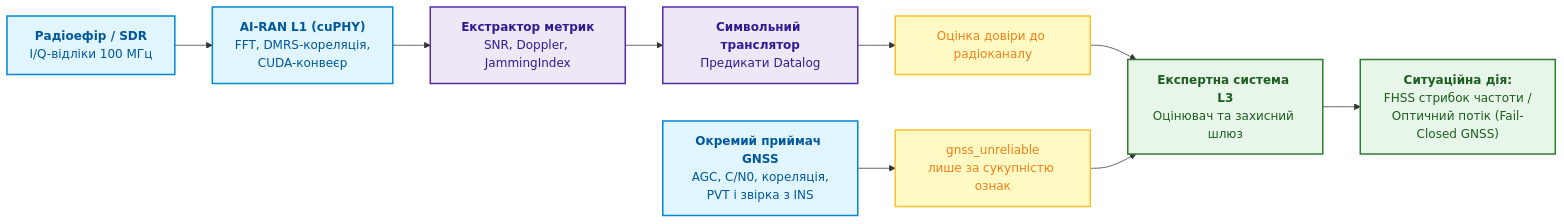
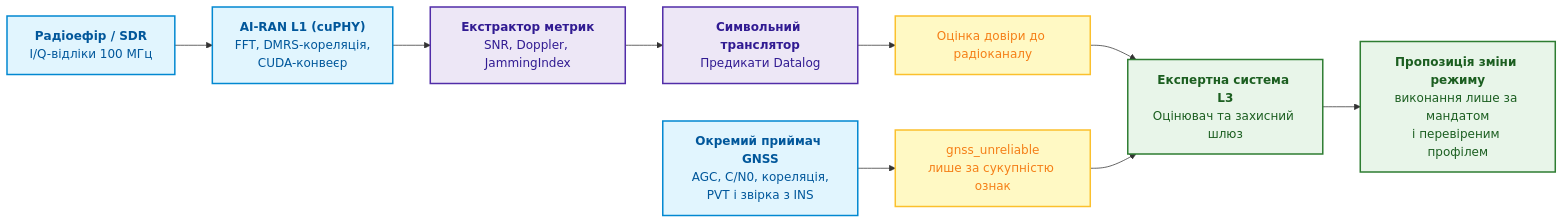
Before and after one commit to nick-fedchik/articles: the sixth of 9 diagrams in ExpertSystem/ch22-cybernetics-edge-to-backend.md, drawn with Mermaid. The commit also changed other lines of this file and 7 other files, not shown here.

````diff
--- a/ExpertSystem/ch22-cybernetics-edge-to-backend.md
+++ b/ExpertSystem/ch22-cybernetics-edge-to-backend.md
@@ -714,25 +978,25 @@
 ```mermaid
 flowchart LR
     accTitle: Архітектура перетворення радіофізичного рівня AI-RAN у доказові факти
     accDescr: Метрики радіоканалу обмежують довіру до транспорту; окремий приймач GNSS надає власні незалежні ознаки. Індекс радіоканалу не доводить спуфінгу або навмисності завади.
 
     ANT["<b>Радіоефір / SDR</b><br/>I/Q-відліки 100 МГц"] --> CUPHY["<b>AI-RAN L1 (cuPHY)</b><br/>FFT, DMRS-кореляція,<br/>CUDA-конвеєр"]
     CUPHY --> EXT["<b>Екстрактор метрик</b><br/>SNR, Doppler, JammingIndex"]
     EXT --> TRANS["<b>Символьний транслятор</b><br/>Предикати Datalog"]
     
     TRANS --> D1["Оцінка довіри до радіоканалу"]
     GNSS["<b>Окремий приймач GNSS</b><br/>AGC, C/N0, кореляція,<br/>PVT і звірка з INS"] --> D2["gnss_unreliable<br/>лише за сукупністю ознак"]
     
     D1 & D2 --> EXP["<b>Експертна система L3</b><br/>Оцінювач та захисний шлюз"]
-    EXP --> ACT["<b>Ситуаційна дія:</b><br/>FHSS стрибок частоти /<br/>Оптичний потік (Fail-Closed GNSS)"]
+    EXP --> ACT["<b>Пропозиція зміни режиму</b><br/>виконання лише за мандатом<br/>і перевіреним профілем"]
 
     classDef rf fill:#e1f5fe,stroke:#0288d1,stroke-width:2px,color:#01579b;
     classDef soft fill:#ede7f6,stroke:#512da8,stroke-width:2px,color:#311b92;
     classDef fact fill:#fff9c4,stroke:#fbc02d,stroke-width:2px,color:#f57f17;
     classDef act fill:#e8f5e9,stroke:#2e7d32,stroke-width:2px,color:#1b5e20;
 
     class ANT,CUPHY,GNSS rf;
     class EXT,TRANS soft;
     class D1,D2 fact;
     class EXP,ACT act;
 ```
````
